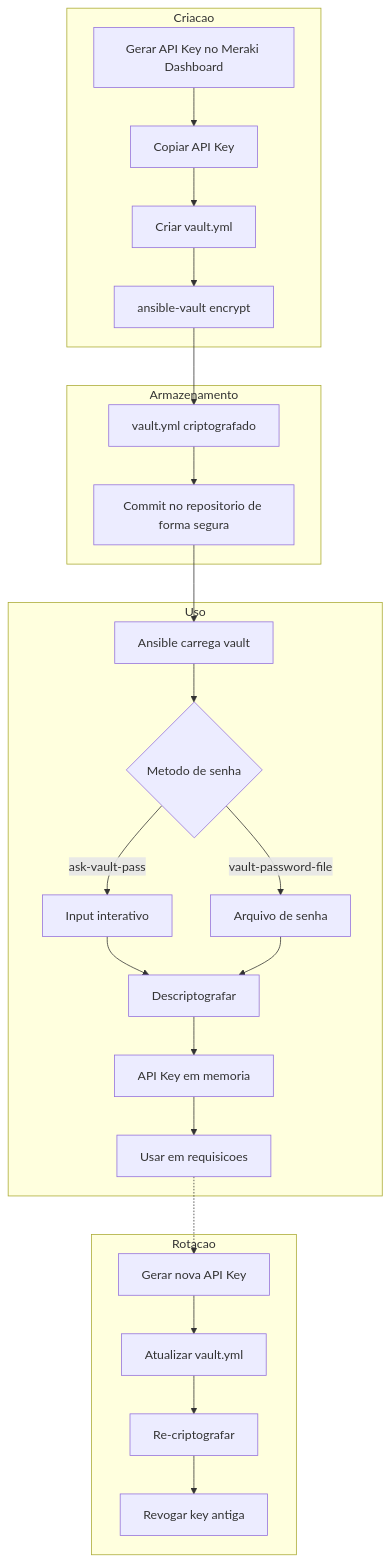
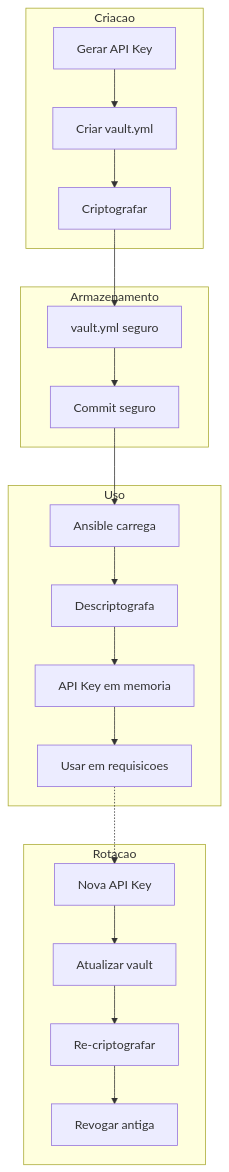
Before and after one commit to rodrigo-freitas-com/meraki-ansible: the ninth of 11 diagrams in docs/system-modeling.md, drawn with Mermaid. The commit also changed other lines of this file and 3 other files, not shown here.

````diff
--- a/docs/system-modeling.md
+++ b/docs/system-modeling.md
@@ -339,32 +321,27 @@
 ```mermaid
 flowchart TD
-    subgraph Criacao[Criacao]
-        A[Gerar API Key no Meraki Dashboard] --> B[Copiar API Key]
-        B --> C[Criar vault.yml]
-        C --> D[ansible-vault encrypt]
+    subgraph Criacao
+        A[Gerar API Key] --> B[Criar vault.yml]
+        B --> C[Criptografar]
     end
 
-    subgraph Armazenamento[Armazenamento]
-        D --> E[vault.yml criptografado]
-        E --> F[Commit no repositorio de forma segura]
+    subgraph Armazenamento
+        C --> D[vault.yml seguro]
+        D --> E[Commit seguro]
     end
 
-    subgraph Uso[Uso]
-        F --> G[Ansible carrega vault]
-        G --> H{Metodo de senha}
-        H -->|ask-vault-pass| I[Input interativo]
-        H -->|vault-password-file| J[Arquivo de senha]
-        I --> K[Descriptografar]
-        J --> K
-        K --> L[API Key em memoria]
-        L --> M[Usar em requisicoes]
+    subgraph Uso
+        E --> F[Ansible carrega]
+        F --> G[Descriptografa]
+        G --> H[API Key em memoria]
+        H --> I[Usar em requisicoes]
     end
 
-    subgraph Rotacao[Rotacao]
-        N[Gerar nova API Key] --> O[Atualizar vault.yml]
-        O --> P[Re-criptografar]
-        P --> Q[Revogar key antiga]
+    subgraph Rotacao
+        J[Nova API Key] --> K[Atualizar vault]
+        K --> L[Re-criptografar]
+        L --> M[Revogar antiga]
     end
 
-    M -.-> N
+    I -.-> J
 ```
````
